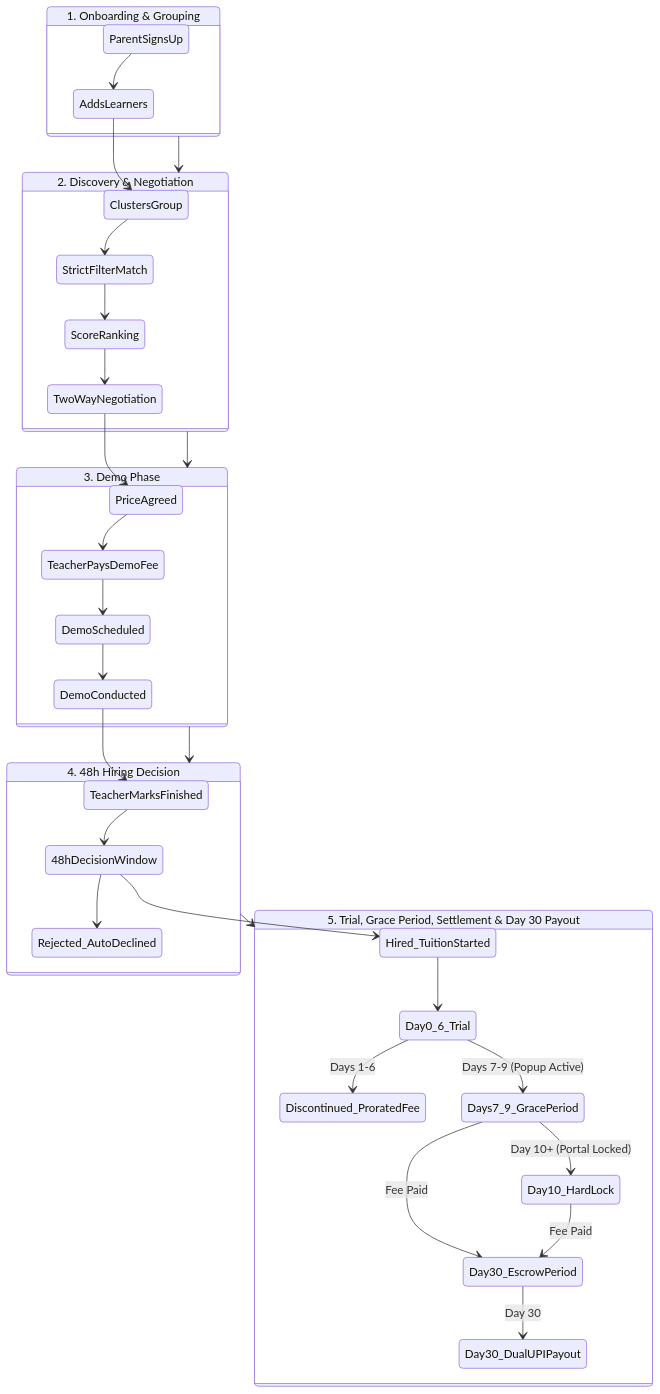
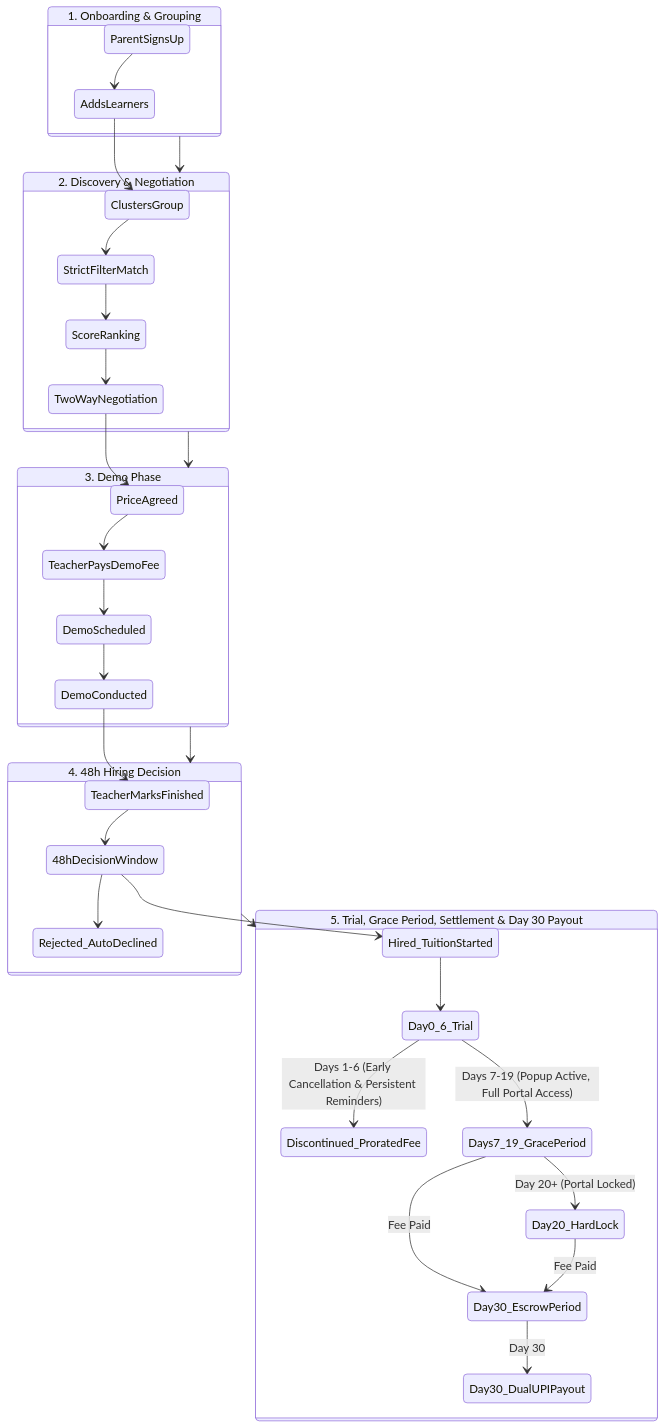
One commit to Nikhil4002-50-82/Mi-Tutora changed the first of 2 diagrams in docs/architecture.md. Above: the diagram before and after it, drawn with Mermaid. The commit also changed other lines of this file and 14 other files, not shown here.

````diff
--- a/docs/architecture.md
+++ b/docs/architecture.md
@@ -32,42 +32,42 @@
 ```mermaid
 stateDiagram-v2
     state "1. Onboarding & Grouping" as Phase1 {
         ParentSignsUp --> AddsLearners
         AddsLearners --> ClustersGroup
     }
     
     state "2. Discovery & Negotiation" as Phase2 {
         ClustersGroup --> StrictFilterMatch
         StrictFilterMatch --> ScoreRanking
         ScoreRanking --> TwoWayNegotiation
         TwoWayNegotiation --> PriceAgreed
     }
     
     state "3. Demo Phase" as Phase3 {
         PriceAgreed --> TeacherPaysDemoFee
         TeacherPaysDemoFee --> DemoScheduled
         DemoScheduled --> DemoConducted
         DemoConducted --> TeacherMarksFinished
     }
     
     state "4. 48h Hiring Decision" as Phase4 {
         TeacherMarksFinished --> 48hDecisionWindow
         48hDecisionWindow --> Hired_TuitionStarted
         48hDecisionWindow --> Rejected_AutoDeclined
     }
     
     state "5. Trial, Grace Period, Settlement & Day 30 Payout" as Phase5 {
         Hired_TuitionStarted --> Day0_6_Trial
-        Day0_6_Trial --> Discontinued_ProratedFee : Days 1-6
-        Day0_6_Trial --> Days7_9_GracePeriod : Days 7-9 (Popup Active)
-        Days7_9_GracePeriod --> Day10_HardLock : Day 10+ (Portal Locked)
-        Days7_9_GracePeriod --> Day30_EscrowPeriod : Fee Paid
-        Day10_HardLock --> Day30_EscrowPeriod : Fee Paid
+        Day0_6_Trial --> Discontinued_ProratedFee : Days 1-6 (Early Cancellation & Persistent Reminders)
+        Day0_6_Trial --> Days7_19_GracePeriod : Days 7-19 (Popup Active, Full Portal Access)
+        Days7_19_GracePeriod --> Day20_HardLock : Day 20+ (Portal Locked)
+        Days7_19_GracePeriod --> Day30_EscrowPeriod : Fee Paid
+        Day20_HardLock --> Day30_EscrowPeriod : Fee Paid
         Day30_EscrowPeriod --> Day30_DualUPIPayout : Day 30
     }
 
     Phase1 --> Phase2
     Phase2 --> Phase3
     Phase3 --> Phase4
     Phase4 --> Phase5
 ```
````
